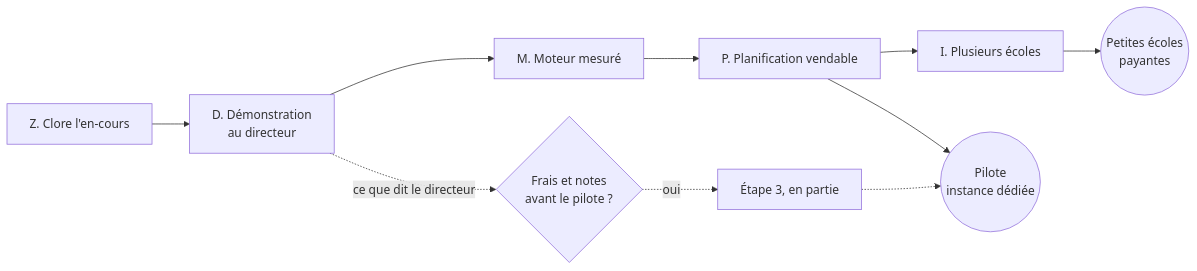
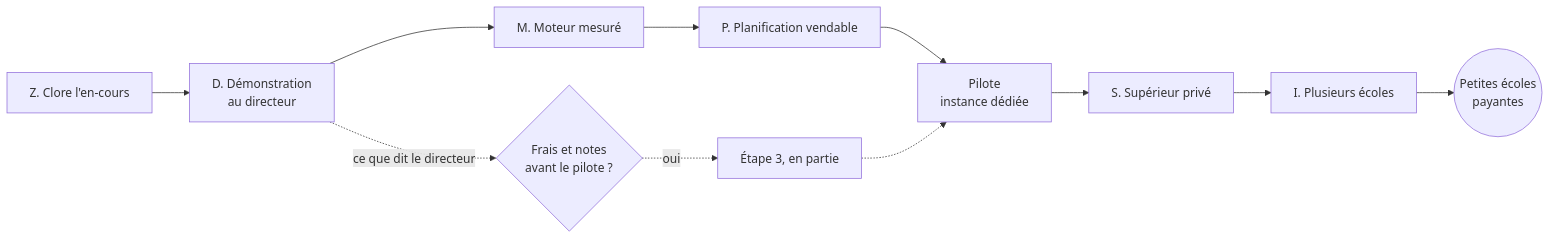
One commit to Claude20022002/plan_B_projet_PACTE changed the diagram in docs/plans/modele-economique/feuille-de-route.md. Above: the diagram before and after it, drawn with Mermaid. The commit also changed other lines of this file and 1 other file, not shown here.

````diff
--- a/docs/plans/modele-economique/feuille-de-route.md
+++ b/docs/plans/modele-economique/feuille-de-route.md
@@ -26,12 +28,13 @@
 ```mermaid
 flowchart LR
     Z["Z. Clore l'en-cours"] --> D["D. Démonstration<br/>au directeur"]
     D --> M["M. Moteur mesuré"]
     M --> P["P. Planification vendable"]
-    P --> I["I. Plusieurs écoles"]
-    P --> PI(("Pilote<br/>instance dédiée"))
+    P --> PI["Pilote<br/>instance dédiée"]
+    PI --> S["S. Supérieur privé"]
+    S --> I["I. Plusieurs écoles"]
     I --> V(("Petites écoles<br/>payantes"))
     D -. "ce que dit le directeur" .-> Q{"Frais et notes<br/>avant le pilote ?"}
     Q -. oui .-> E3["Étape 3, en partie"]
     E3 -.-> PI
 ```
````
